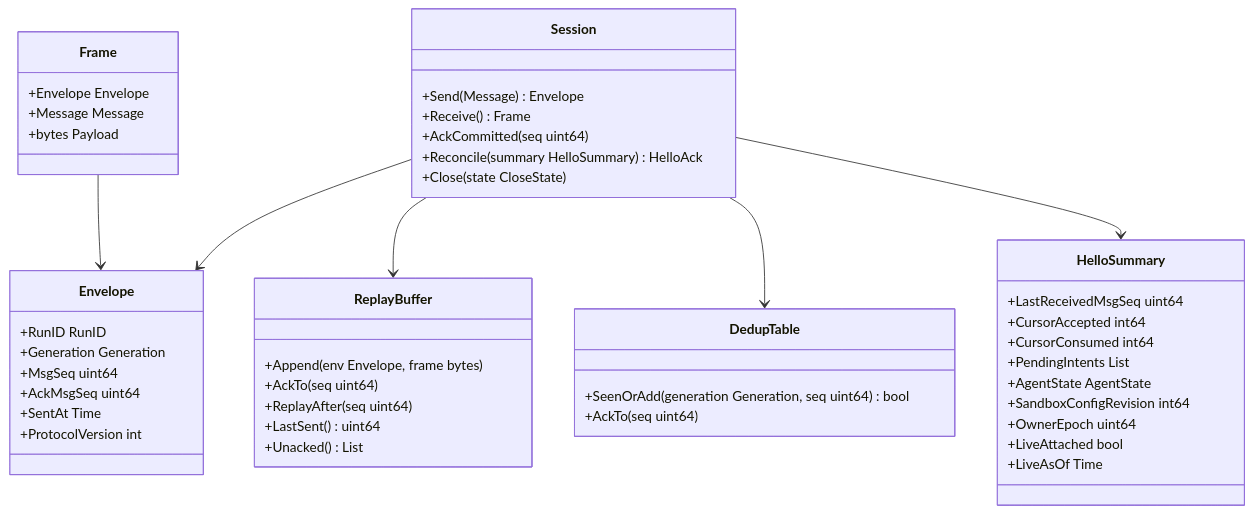
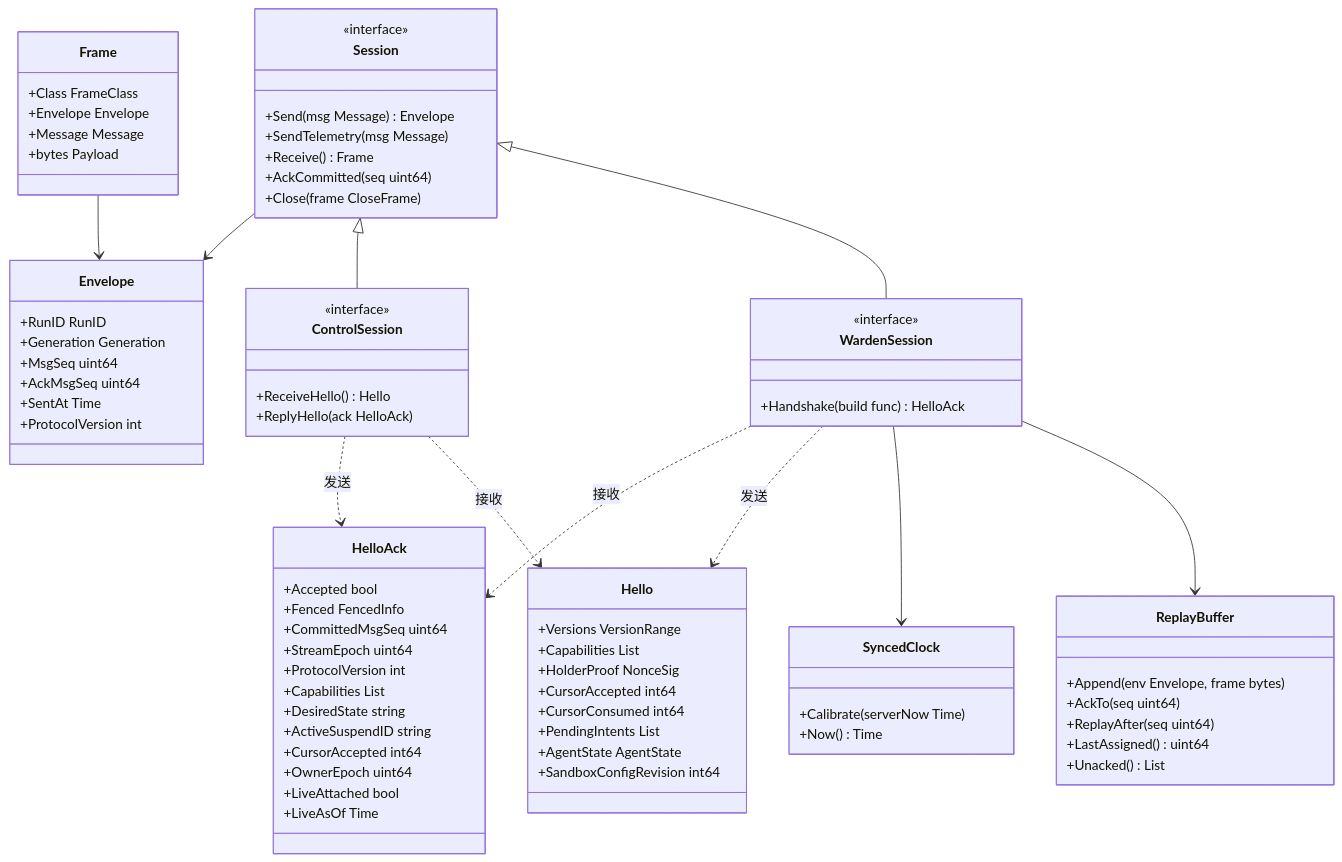
The first of 8 diagrams in docs/design/modules/design-agentprotocol.md (wangzw/castworks), drawn with Mermaid before and after one commit. The commit also changed other lines of this file and 35 other files, not shown here.

````diff
--- a/docs/design/modules/design-agentprotocol.md
+++ b/docs/design/modules/design-agentprotocol.md
@@ -150,50 +182,79 @@
 ```mermaid
 classDiagram
     class Envelope {
         +RunID RunID
         +Generation Generation
         +MsgSeq uint64
         +AckMsgSeq uint64
         +SentAt Time
         +ProtocolVersion int
     }
     class Frame {
+        +Class FrameClass
         +Envelope Envelope
         +Message Message
         +bytes Payload
     }
     class Session {
-        +Send(Message) Envelope
+        <<interface>>
+        +Send(msg Message) Envelope
+        +SendTelemetry(msg Message)
         +Receive() Frame
         +AckCommitted(seq uint64)
-        +Reconcile(summary HelloSummary) HelloAck
-        +Close(state CloseState)
+        +Close(frame CloseFrame)
+    }
+    class WardenSession {
+        <<interface>>
+        +Handshake(build func) HelloAck
+    }
+    class ControlSession {
+        <<interface>>
+        +ReceiveHello() Hello
+        +ReplyHello(ack HelloAck)
     }
     class ReplayBuffer {
         +Append(env Envelope, frame bytes)
         +AckTo(seq uint64)
         +ReplayAfter(seq uint64)
-        +LastSent() uint64
+        +LastAssigned() uint64
         +Unacked() List
     }
-    class DedupTable {
-        +SeenOrAdd(generation Generation, seq uint64) bool
-        +AckTo(seq uint64)
+    class SyncedClock {
+        +Calibrate(serverNow Time)
+        +Now() Time
     }
-    class HelloSummary {
-        +LastReceivedMsgSeq uint64
+    class Hello {
+        +Versions VersionRange
+        +Capabilities List
+        +HolderProof NonceSig
         +CursorAccepted int64
         +CursorConsumed int64
         +PendingIntents List
         +AgentState AgentState
         +SandboxConfigRevision int64
+    }
+    class HelloAck {
+        +Accepted bool
+        +Fenced FencedInfo
+        +CommittedMsgSeq uint64
+        +StreamEpoch uint64
+        +ProtocolVersion int
+        +Capabilities List
+        +DesiredState string
+        +ActiveSuspendID string
+        +CursorAccepted int64
         +OwnerEpoch uint64
         +LiveAttached bool
         +LiveAsOf Time
     }
+    Session <|-- WardenSession
+    Session <|-- ControlSession
     Session --> Envelope
-    Session --> ReplayBuffer
-    Session --> DedupTable
-    Session --> HelloSummary
     Frame --> Envelope
+    WardenSession --> ReplayBuffer
+    WardenSession --> SyncedClock
+    WardenSession ..> Hello : 发送
+    WardenSession ..> HelloAck : 接收
+    ControlSession ..> Hello : 接收
+    ControlSession ..> HelloAck : 发送
 ```
````
